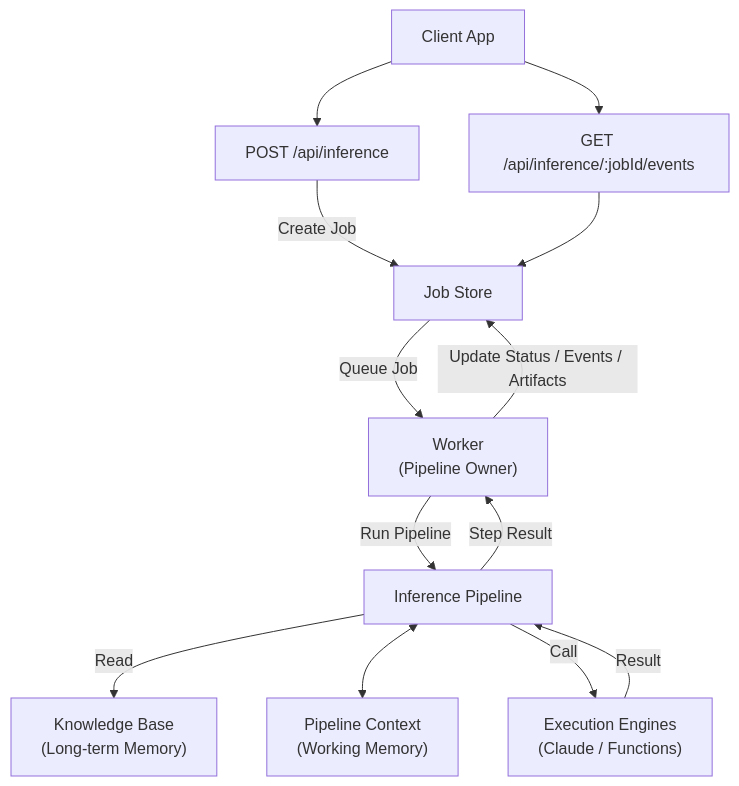
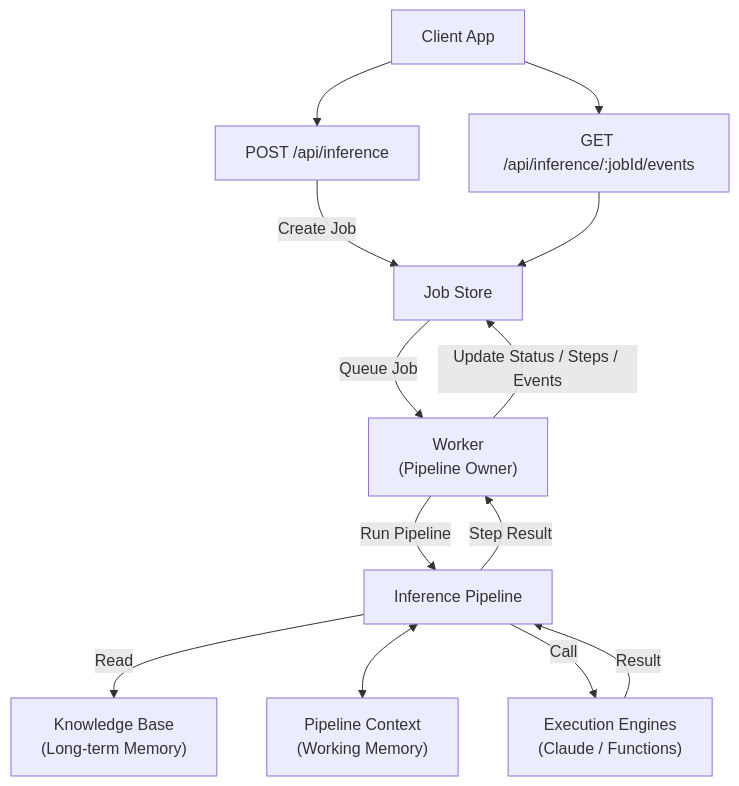
One commit to ewoooo/rnd-wireframer changed the first of 2 diagrams in docs/development/SCREEN_INFERENCE_ARCHITECTURE.md. Above: the diagram before and after it, drawn with Mermaid. The commit also changed other lines of this file, not shown here.

First line of the commit message:
docs(inference): add Screen Inference Architecture SSOT

````diff
--- a/docs/development/SCREEN_INFERENCE_ARCHITECTURE.md
+++ b/docs/development/SCREEN_INFERENCE_ARCHITECTURE.md
@@ -18,40 +18,40 @@
 ```mermaid
 flowchart TD
   Client["Client App"]
   POST["POST /api/inference"]
   SSE["GET /api/inference/:jobId/events"]
 
   JobStore["Job Store"]
 
   Worker["Worker<br/>(Pipeline Owner)"]
 
   Pipeline["Inference Pipeline"]
 
   KB["Knowledge Base<br/>(Long-term Memory)"]
 
   Context["Pipeline Context<br/>(Working Memory)"]
 
   Engines["Execution Engines<br/>(Claude / Functions)"]
 
   Client --> POST
   Client --> SSE
 
   POST -->|Create Job| JobStore
 
   JobStore -->|Queue Job| Worker
 
   Worker -->|Run Pipeline| Pipeline
 
   Pipeline -->|Read| KB
 
   Pipeline <--> Context
 
   Pipeline -->|Call| Engines
   Engines -->|Result| Pipeline
 
   Pipeline -->|Step Result| Worker
 
-  Worker -->|Update Status / Events / Artifacts| JobStore
+  Worker -->|Update Status / Steps / Events| JobStore
 
   SSE --> JobStore
 ```
````
